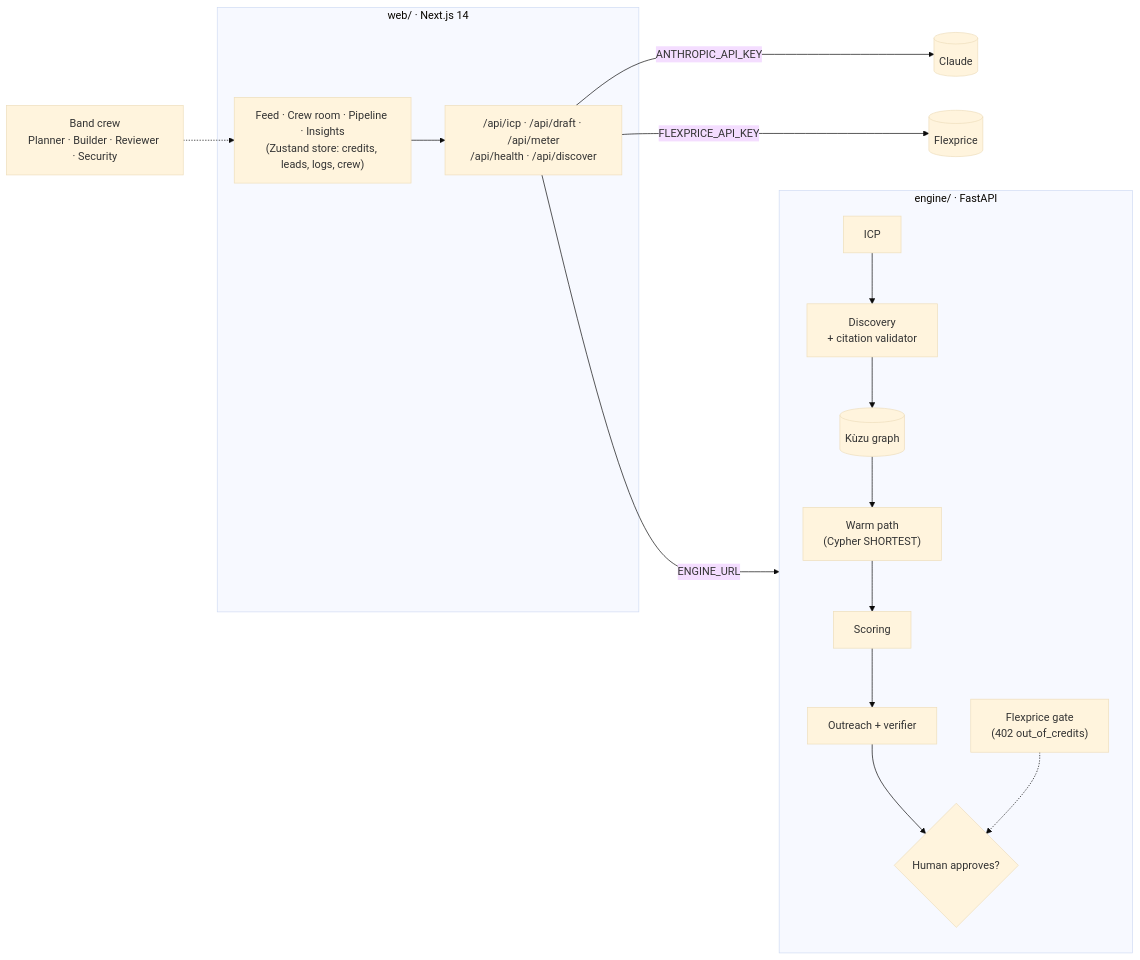
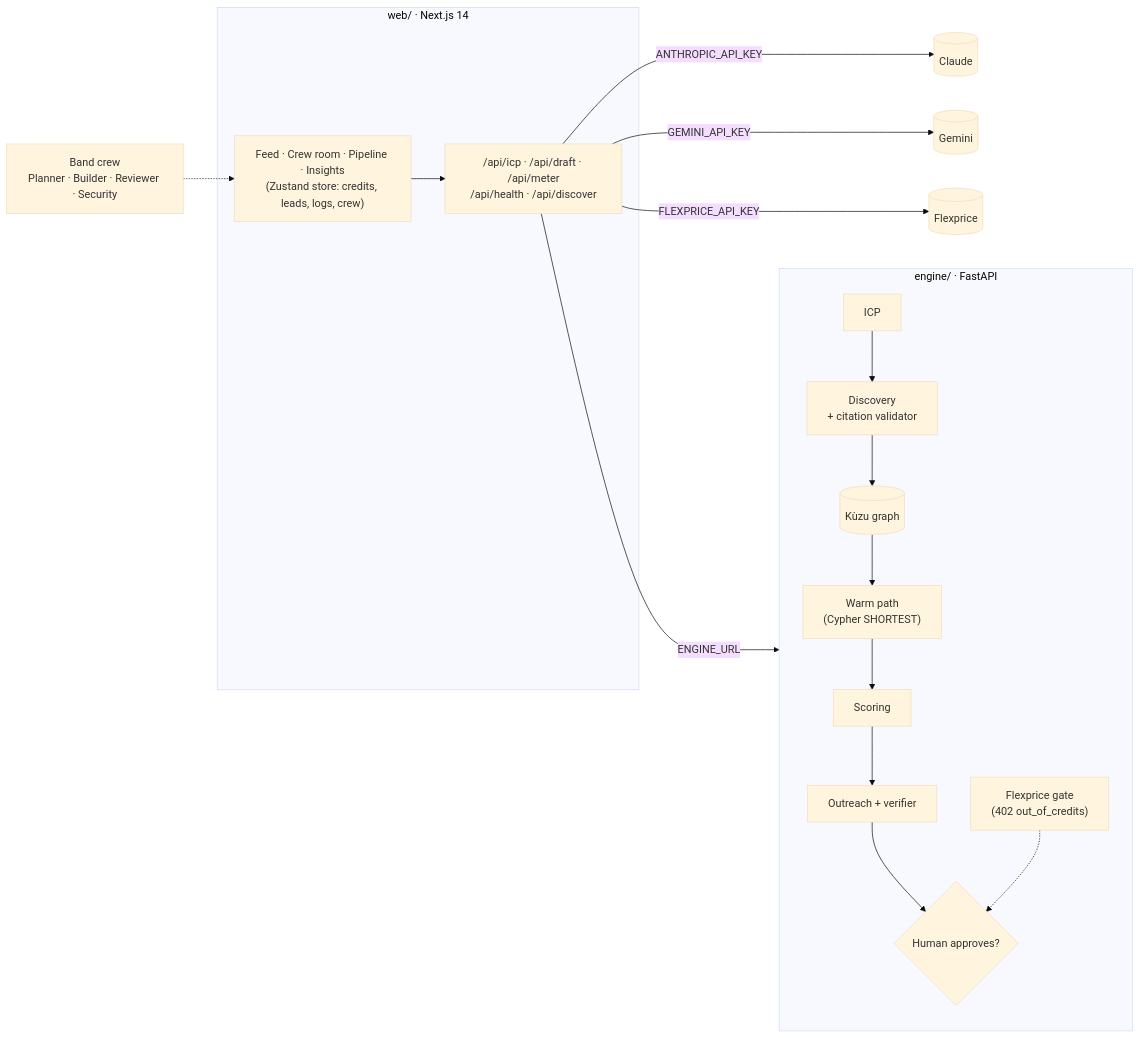
Before and after one commit to arushiSH5-cyber/pitchfeed: the diagram in README.md, drawn with Mermaid (base theme). The commit also changed other lines of this file and 3 other files, not shown here.

````diff
--- a/README.md
+++ b/README.md
@@ -30,20 +41,21 @@
 ```mermaid
 flowchart LR
   subgraph Web["web/ · Next.js 14"]
     UI["Feed · Crew room · Pipeline · Insights\n(Zustand store: credits, leads, logs, crew)"]
     API["/api/icp · /api/draft · /api/meter\n/api/health · /api/discover"]
   end
   subgraph Engine["engine/ · FastAPI"]
     ICP[ICP] --> DISC["Discovery\n+ citation validator"]
     DISC --> G[("Kùzu graph")]
     G --> WP["Warm path\n(Cypher SHORTEST)"]
     WP --> SC[Scoring] --> OUT["Outreach + verifier"]
     OUT --> HITL{"Human approves?"}
     BILL["Flexprice gate\n(402 out_of_credits)"] -.-> HITL
   end
   UI --> API
   API -- "ANTHROPIC_API_KEY" --> Claude[(Claude)]
+  API -- "GEMINI_API_KEY" --> Gemini[(Gemini)]
   API -- "FLEXPRICE_API_KEY" --> Flex[(Flexprice)]
   API -- "ENGINE_URL" --> Engine
   Band["Band crew\nPlanner · Builder · Reviewer · Security"] -.-> UI
 ```
````
